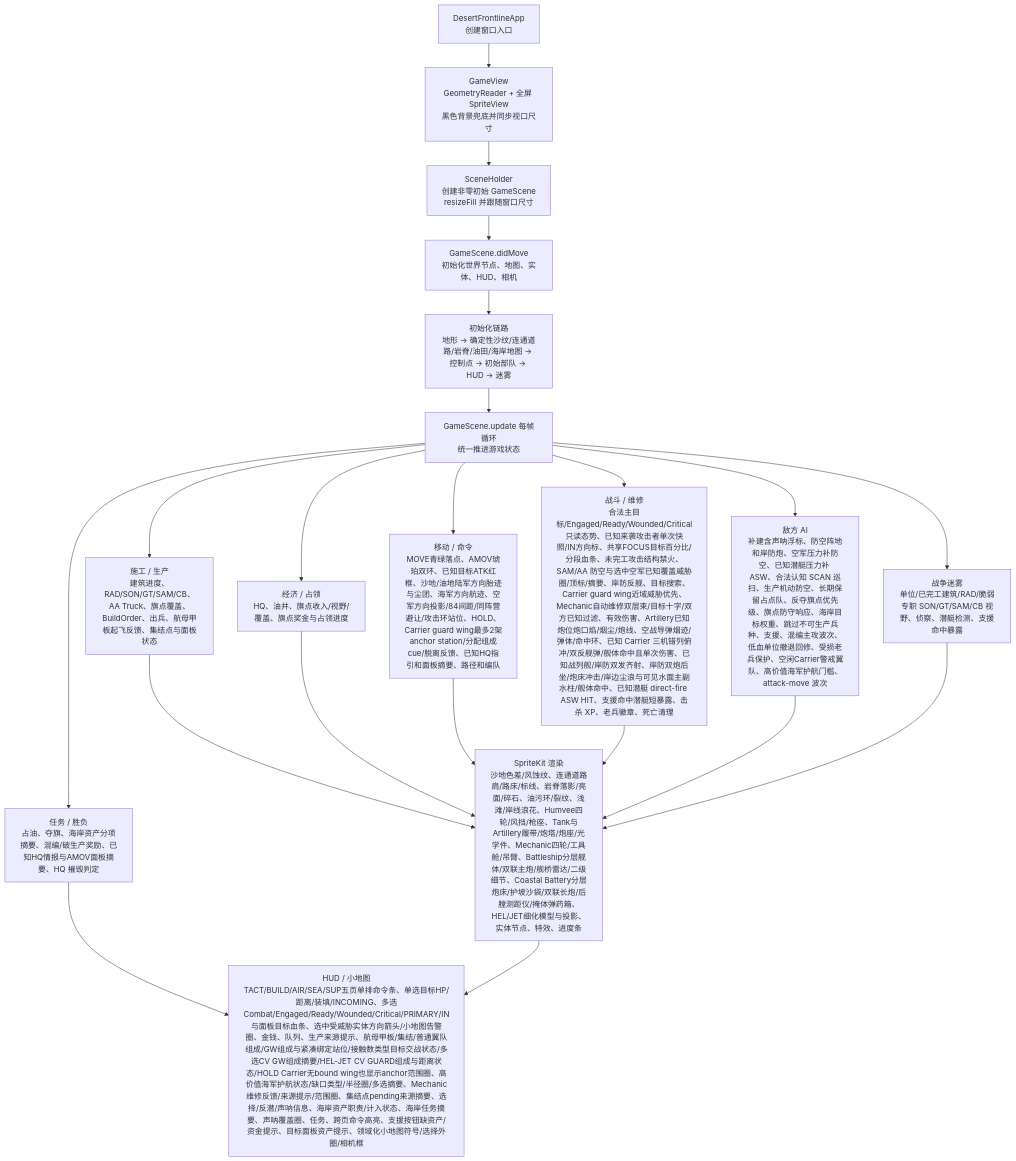
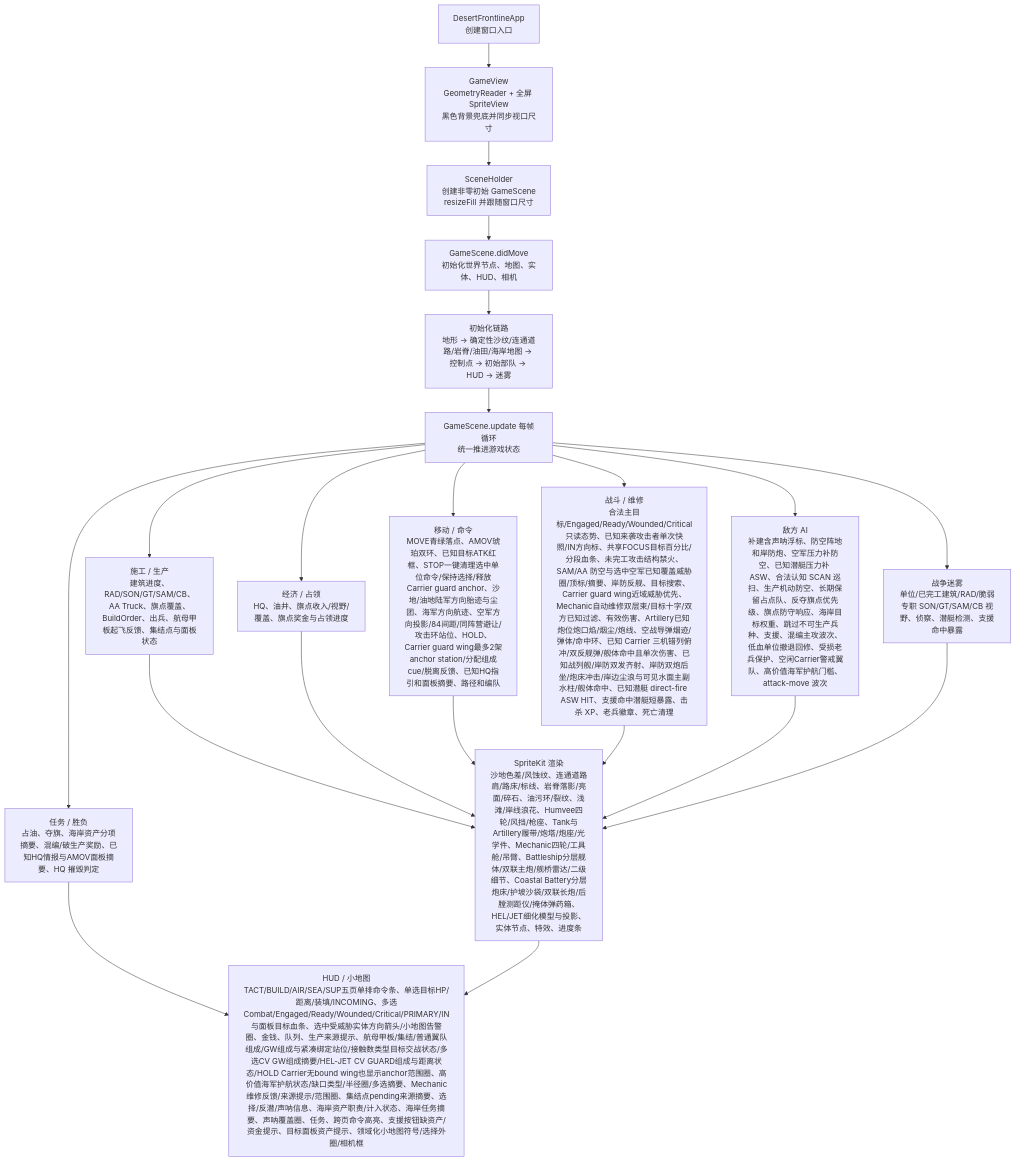
The first of 3 diagrams in md/flow/flowchart.md (Altman-sam114/1145), drawn with Mermaid before and after one commit. The commit also changed other lines of this file and 6 other files, not shown here.

````diff
--- a/md/flow/flowchart.md
+++ b/md/flow/flowchart.md
@@ -9,23 +9,23 @@
 ```mermaid
 flowchart TD
   App["DesertFrontlineApp\n创建窗口入口"] --> View["GameView\nGeometryReader + 全屏 SpriteView\n黑色背景兜底并同步视口尺寸"]
   View --> Holder["SceneHolder\n创建非零初始 GameScene\nresizeFill 并跟随窗口尺寸"]
   Holder --> Scene["GameScene.didMove\n初始化世界节点、地图、实体、HUD、相机"]
   Scene --> Init["初始化链路\n地形 -> 确定性沙纹/连通道路/岩脊/油田/海岸地图 -> 控制点 -> 初始部队 -> HUD -> 迷雾"]
   Init --> Loop["GameScene.update 每帧循环\n统一推进游戏状态"]
   Loop --> Build["施工 / 生产\n建筑进度、RAD/SON/GT/SAM/CB、AA Truck、旗点覆盖、BuildOrder、出兵、航母甲板起飞反馈、集结点与面板状态"]
   Loop --> Economy["经济 / 占领\nHQ、油井、旗点收入/视野/覆盖、旗点奖金与占领进度"]
-  Loop --> Commands["移动 / 命令\nMOVE青绿落点、AMOV琥珀双环、已知目标ATK红框、沙地/油地陆军方向胎迹与尘团、海军方向航迹、空军方向投影/84间距/同阵营避让/攻击环站位、HOLD、Carrier guard wing最多2架anchor station/分配组成cue/脱离反馈、已知HQ指引和面板摘要、路径和编队"]
+  Loop --> Commands["移动 / 命令\nMOVE青绿落点、AMOV琥珀双环、已知目标ATK红框、STOP一键清理选中单位命令/保持选择/释放Carrier guard anchor、沙地/油地陆军方向胎迹与尘团、海军方向航迹、空军方向投影/84间距/同阵营避让/攻击环站位、HOLD、Carrier guard wing最多2架anchor station/分配组成cue/脱离反馈、已知HQ指引和面板摘要、路径和编队"]
   Loop --> Combat["战斗 / 维修\n合法主目标/Engaged/Ready/Wounded/Critical只读态势、已知来袭攻击者单次快照/IN方向标、共享FOCUS目标百分比/分段血条、未完工攻击结构禁火、SAM/AA 防空与选中空军已知覆盖威胁圈/顶标/摘要、岸防反舰、目标搜索、Carrier guard wing近域威胁优先、Mechanic自动维修双层束/目标十字/双方已知过滤、有效伤害、Artillery已知炮位炮口焰/烟尘/炮线、空战导弹烟迹/弹体/命中环、已知 Carrier 三机错列俯冲/双反舰弹/舰体命中且单次伤害、已知战列舰/岸防双发齐射、岸防双炮后坐/炮床冲击/岸边尘浪与可见水面主副水柱/舰体命中、已知潜艇 direct-fire ASW HIT、支援命中潜艇短暴露、击杀 XP、老兵徽章、死亡清理"]
   Loop --> AI["敌方 AI\n补建含声呐浮标、防空阵地和岸防炮、空军压力补防空、已知潜艇压力补 ASW、合法认知 SCAN 巡扫、生产机动防空、长期保留占点队、反夺旗点优先级、旗点防守响应、海岸目标权重、跳过不可生产兵种、支援、混编主攻波次、低血单位撤退回修、受损老兵保护、空闲Carrier警戒翼队、高价值海军护航门槛、attack-move 波次"]
   Loop --> Fog["战争迷雾\n单位/已完工建筑/RAD/脆弱专职 SON/GT/SAM/CB 视野、侦察、潜艇检测、支援命中暴露"]
   Loop --> Mission["任务 / 胜负\n占油、夺旗、海岸资产分项摘要、混编/破生产奖励、已知HQ情报与AMOV面板摘要、HQ 摧毁判定"]
   Build --> Render["SpriteKit 渲染\n沙地色差/风蚀纹、连通道路肩/路床/标线、岩脊落影/亮面/碎石、油污环/裂纹、浅滩/岸线浪花、Humvee四轮/风挡/枪座、Tank与Artillery履带/炮塔/炮座/光学件、Mechanic四轮/工具舱/吊臂、Battleship分层舰体/双联主炮/舰桥雷达/二级细节、Coastal Battery分层炮床/护坡沙袋/双联长炮/后膛测距仪/掩体弹药箱、HEL/JET细化模型与投影、实体节点、特效、进度条"]
   Economy --> Render
   Commands --> Render
   Combat --> Render
   AI --> Render
   Fog --> Render
   Mission --> HUD["HUD / 小地图\nTACT/BUILD/AIR/SEA/SUP五页单排命令条、单选目标HP/距离/装填/INCOMING、多选Combat/Engaged/Ready/Wounded/Critical/PRIMARY/IN与面板目标血条、选中受威胁实体方向箭头/小地图告警圈、金钱、队列、生产来源提示、航母甲板/集结/普通翼队组成/GW组成与紧凑绑定站位/接触数类型目标交战状态/多选CV GW组成摘要/HEL-JET CV GUARD组成与距离状态/HOLD Carrier无bound wing也显示anchor范围圈、高价值海军护航状态/缺口类型/半径圈/多选摘要、Mechanic维修反馈/来源提示/范围圈、集结点pending来源摘要、选择/反潜/声呐信息、海岸资产职责/计入状态、海岸任务摘要、声呐覆盖圈、任务、跨页命令高亮、支援按钮缺资产/资金提示、目标面板资产提示、领域化小地图符号/选择外圈/相机框"]
   Render --> HUD
 ```
````
